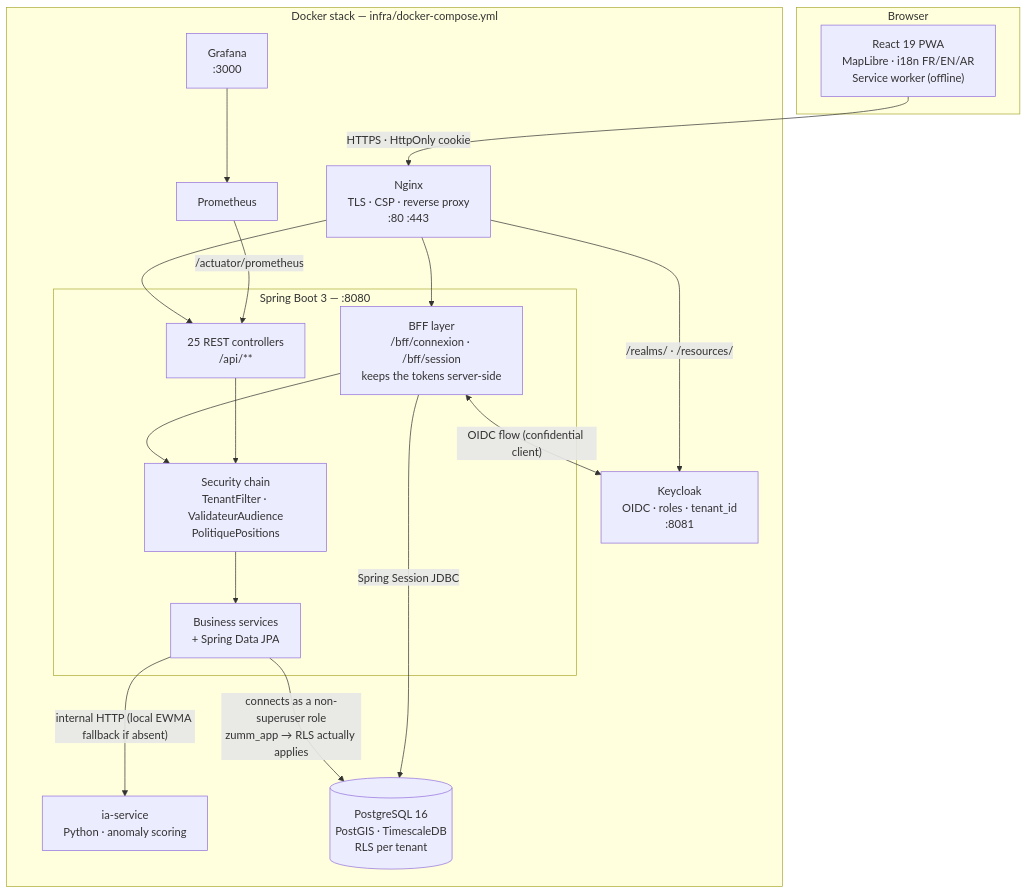
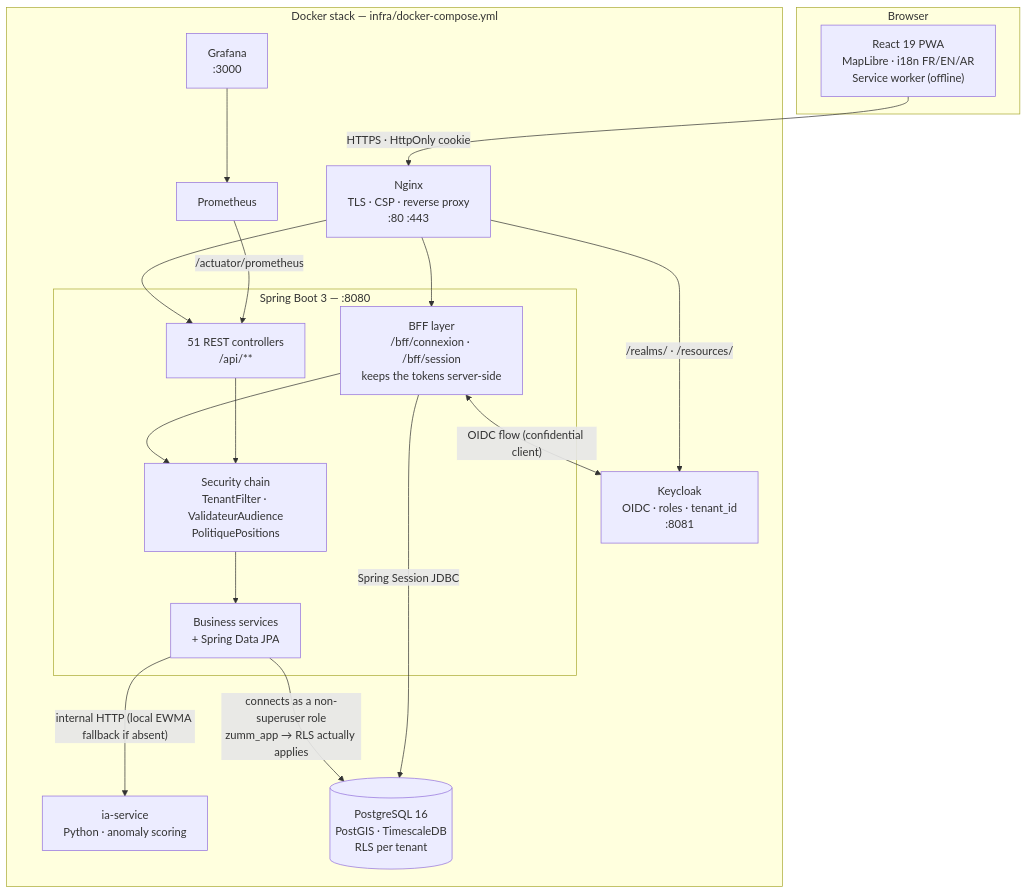
The diagram in README.en.md (iyednefzi99/Z-mm), drawn with Mermaid before and after one commit. The commit also changed other lines of this file and 3 other files, not shown here.

````diff
--- a/README.en.md
+++ b/README.en.md
@@ -119,38 +179,38 @@
 ```mermaid
 flowchart TB
     subgraph nav["Browser"]
         PWA["React 19 PWA<br/>MapLibre · i18n FR/EN/AR<br/>Service worker (offline)"]
     end
 
     PWA -- "HTTPS · HttpOnly cookie" --> NGINX
 
     subgraph docker["Docker stack — infra/docker-compose.yml"]
         NGINX["Nginx<br/>TLS · CSP · reverse proxy<br/>:80 :443"]
 
         subgraph api["Spring Boot 3 — :8080"]
             BFF["BFF layer<br/>/bff/connexion · /bff/session<br/>keeps the tokens server-side"]
             SEC["Security chain<br/>TenantFilter · ValidateurAudience<br/>PolitiquePositions"]
-            REST["25 REST controllers<br/>/api/**"]
+            REST["51 REST controllers<br/>/api/**"]
             METIER["Business services<br/>+ Spring Data JPA"]
         end
 
         KC["Keycloak<br/>OIDC · roles · tenant_id<br/>:8081"]
         IA["ia-service<br/>Python · anomaly scoring"]
         PG[("PostgreSQL 16<br/>PostGIS · TimescaleDB<br/>RLS per tenant")]
         PROM["Prometheus"]
         GRAF["Grafana<br/>:3000"]
     end
 
     NGINX --> BFF
     NGINX --> REST
     NGINX -- "/realms/ · /resources/" --> KC
     BFF <-- "OIDC flow (confidential client)" --> KC
     BFF --> SEC
     REST --> SEC
     SEC --> METIER
     METIER -- "connects as a non-superuser role<br/>zumm_app → RLS actually applies" --> PG
     METIER -- "internal HTTP (local EWMA fallback if absent)" --> IA
     BFF -- "Spring Session JDBC" --> PG
     PROM -- "/actuator/prometheus" --> REST
     GRAF --> PROM
 ```
````
